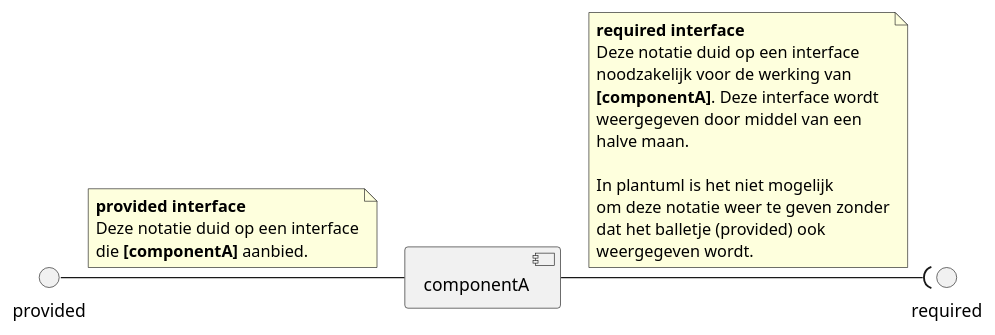
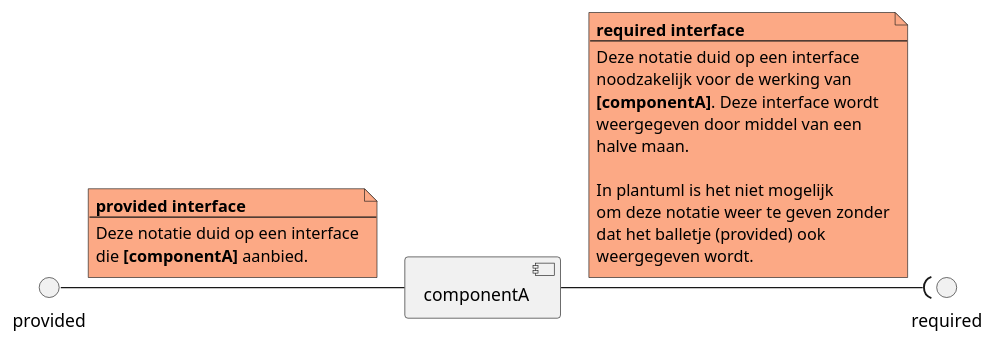
Before and after one commit to LukevLuijn/cheat_sheet_osm_mo: the diagram in plantuml/component/required_provided.puml, drawn with PlantUML. The commit also changed 52 other files, not shown here.

Commit message:
[cheat-sheet] added colors to all diagrams.

```diff
--- a/plantuml/component/required_provided.puml
+++ b/plantuml/component/required_provided.puml
@@ -1,26 +1,28 @@
 @startuml
 'https://plantuml.com/component-diagram
 
 [componentA] -right-( required
-note on link
+note on link #FCA985
     **required interface**
+    --
     Deze notatie duid op een interface
     noodzakelijk voor de werking van
     **[componentA]**. Deze interface wordt
     weergegeven door middel van een
     halve maan.
 
     In plantuml is het niet mogelijk
     om deze notatie weer te geven zonder
     dat het balletje (provided) ook
     weergegeven wordt.
 end note
 
 provided -right- [componentA]
-note on link
+note on link #FCA985
     **provided interface**
+    --
     Deze notatie duid op een interface
     die **[componentA]** aanbied.
 end note
 
 @enduml
```
